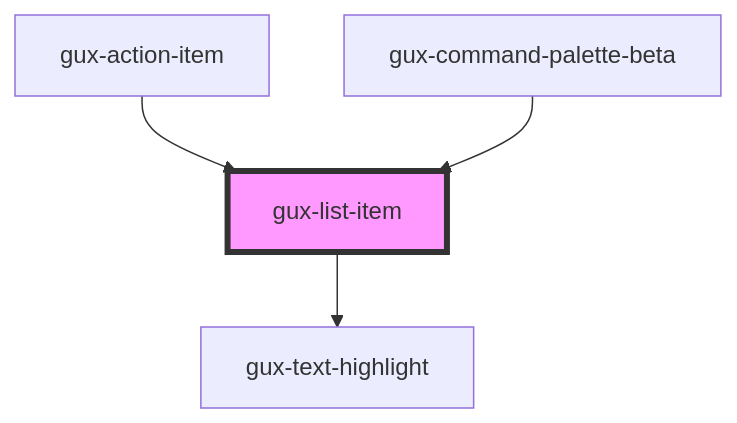
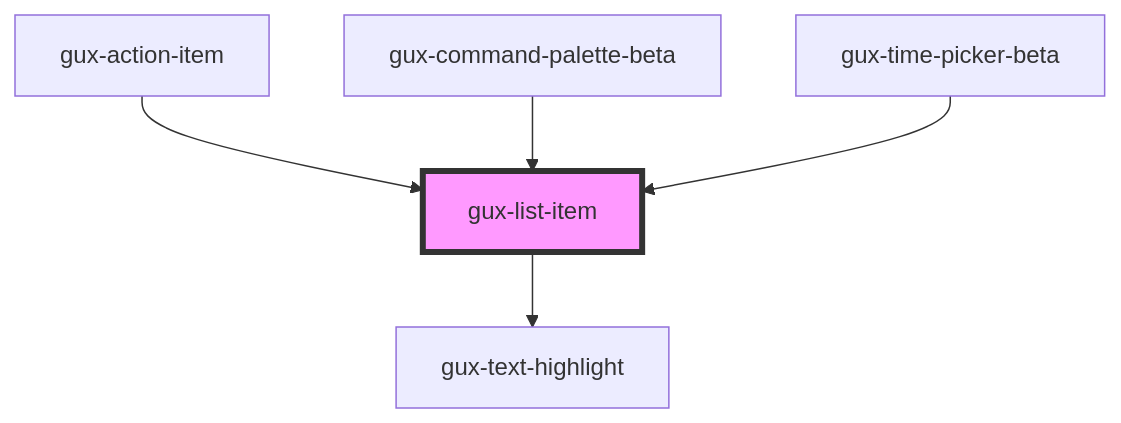
Before and after one commit to MyPureCloud/genesys-spark: the diagram in src/components/stable/gux-list/list-item/readme.md, drawn with Mermaid. The commit also changed other lines of this file and 95 other files, not shown here.

````diff
--- a/src/components/stable/gux-list/list-item/readme.md
+++ b/src/components/stable/gux-list/list-item/readme.md
@@ -48,7 +51,8 @@
 ```mermaid
 graph TD;
   gux-list-item --> gux-text-highlight
   gux-action-item --> gux-list-item
   gux-command-palette-beta --> gux-list-item
+  gux-time-picker-beta --> gux-list-item
   style gux-list-item fill:#f9f,stroke:#333,stroke-width:4px
 ```
````
